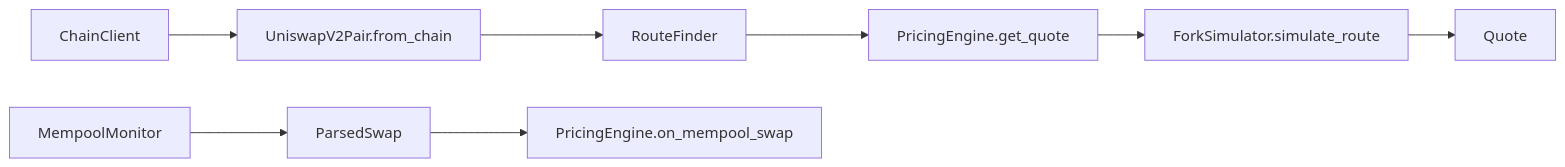
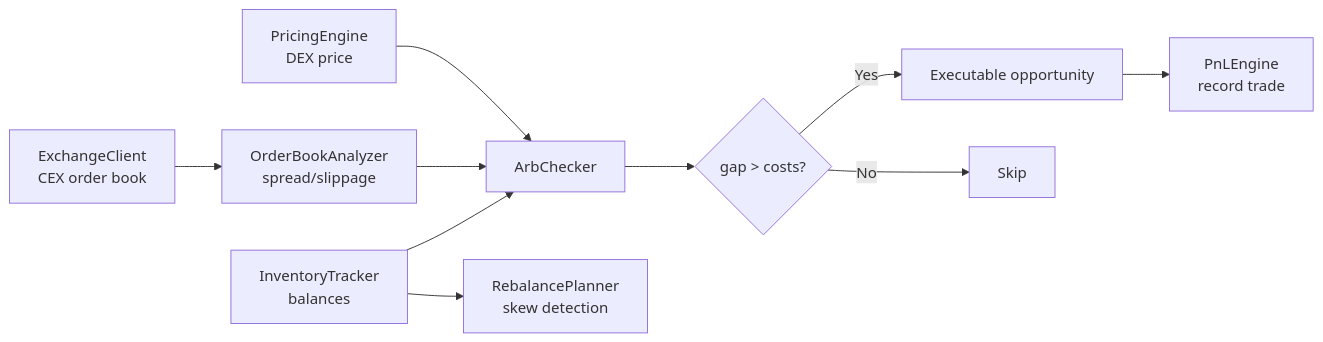
Before and after one commit to Gravelino/peanut_internship: the second of 2 diagrams in README.md, drawn with Mermaid. The commit also changed other lines of this file, not shown here.

First line of the commit message:
docs: update README with Week 3 architecture, CLI usage, and mermaid diagrams

````diff
--- a/README.md
+++ b/README.md
@@ -85,10 +99,11 @@
 ```mermaid
 flowchart LR
-    A[ChainClient] --> B[UniswapV2Pair.from_chain]
-    B --> C[RouteFinder]
-    C --> D[PricingEngine.get_quote]
-    D --> E[ForkSimulator.simulate_route]
-    F[MempoolMonitor] --> G[ParsedSwap]
-    G --> H[PricingEngine.on_mempool_swap]
-    E --> I[Quote]
+    A[PricingEngine<br/>DEX price] --> E[ArbChecker]
+    B[ExchangeClient<br/>CEX order book] --> C[OrderBookAnalyzer<br/>spread/slippage] --> E
+    D[InventoryTracker<br/>balances] --> E
+    E --> F{gap > costs?}
+    F -->|Yes| G[Executable opportunity]
+    F -->|No| H[Skip]
+    G --> I[PnLEngine<br/>record trade]
+    D --> J[RebalancePlanner<br/>skew detection]
 ```
````
